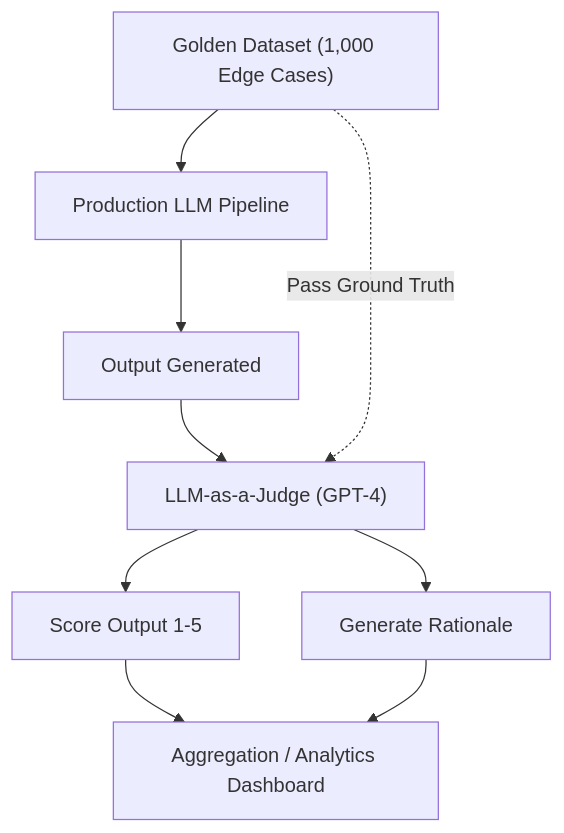
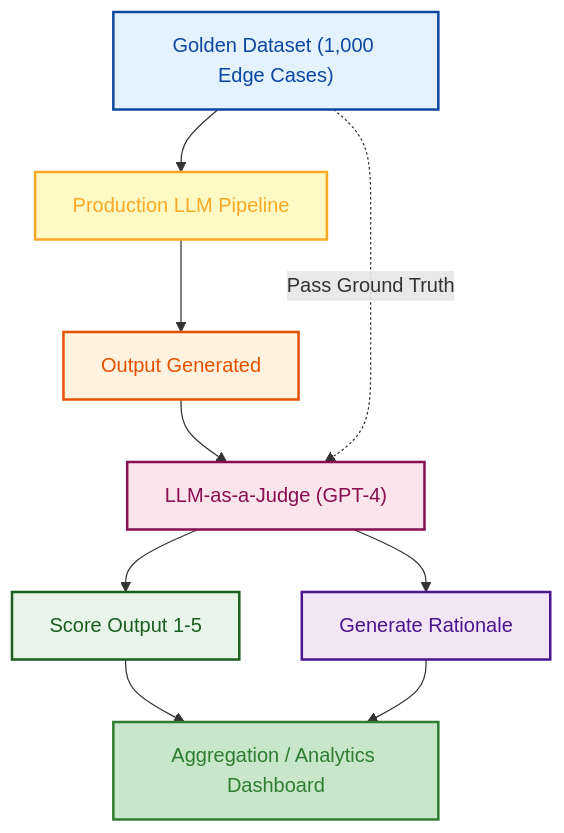
The first of 2 diagrams in docs/10-evaluation/README.md (GyanendraChaubey/AI-Engineering-Notes), drawn with Mermaid before and after one commit. The commit also changed other lines of this file and 15 other files, not shown here.

Commit message:
style: apply light color palette to remaining Mermaid diagrams (docs 15 & 16)

````diff
--- a/docs/10-evaluation/README.md
+++ b/docs/10-evaluation/README.md
@@ -46,15 +46,22 @@
 ```mermaid
 flowchart TD
     A["Golden Dataset (1,000 Edge Cases)"] --> B["Production LLM Pipeline"]
     
     B --> C["Output Generated"]
     
     C --> D["LLM-as-a-Judge (GPT-4)"]
     A -.->|"Pass Ground Truth"| D
     
     D --> E["Score Output 1-5"]
     D --> F["Generate Rationale"]
     
     E --> G["Aggregation / Analytics Dashboard"]
     F --> G
+    style A fill:#e3f2fd,stroke:#0d47a1,stroke-width:2px,color:#0d47a1
+    style B fill:#fff9c4,stroke:#f9a825,stroke-width:2px,color:#f9a825
+    style C fill:#fff3e0,stroke:#e65100,stroke-width:2px,color:#e65100
+    style D fill:#fce4ec,stroke:#880e4f,stroke-width:2px,color:#880e4f
+    style E fill:#e8f5e9,stroke:#1b5e20,stroke-width:2px,color:#1b5e20
+    style F fill:#f3e5f5,stroke:#4a148c,stroke-width:2px,color:#4a148c
+    style G fill:#c8e6c9,stroke:#2e7d32,stroke-width:2px,color:#2e7d32
 ```
````
